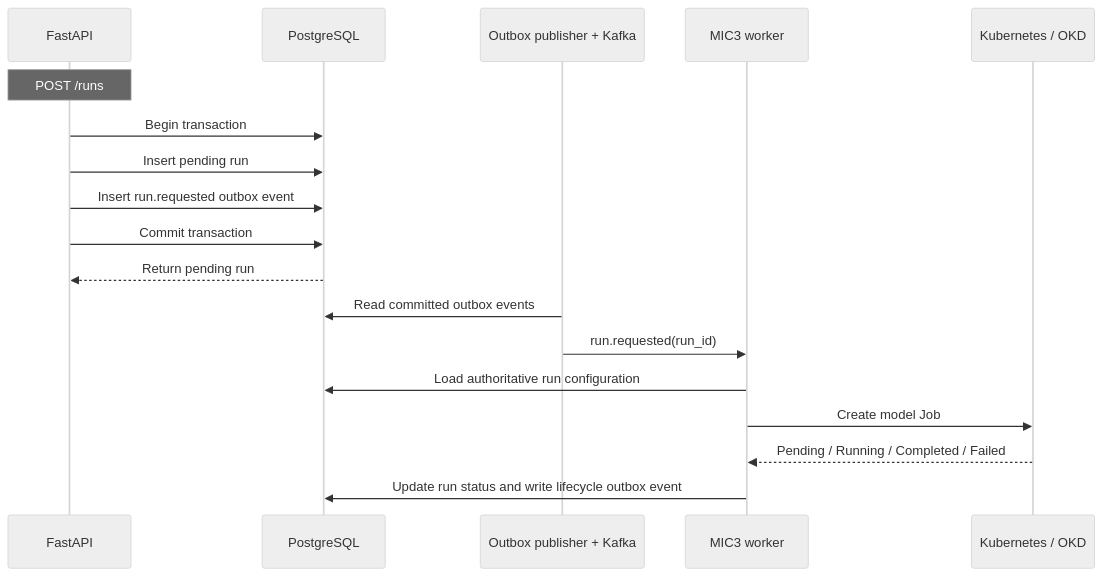
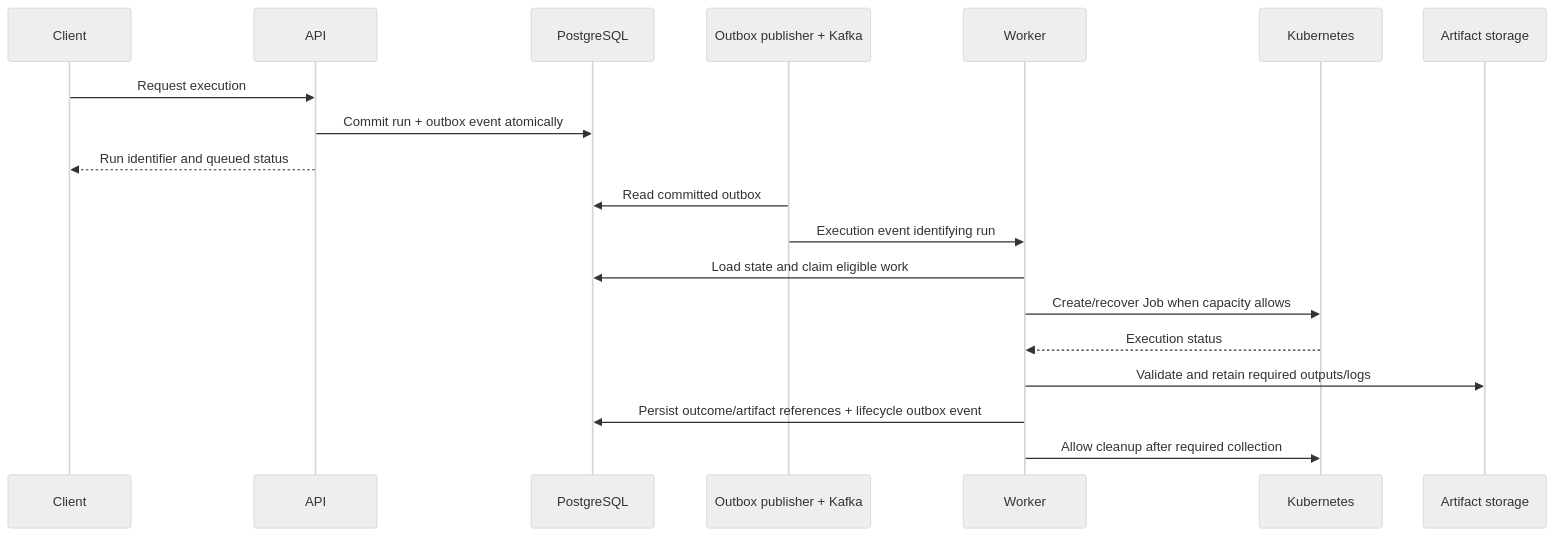
The second of 2 diagrams in docs/architecture/prd.md (TRANSIENCE-MIC3/MIC3-API), drawn with Mermaid (neutral theme) before and after one commit. The commit also changed other lines of this file and 2 other files, not shown here.

````diff
--- a/docs/architecture/prd.md
+++ b/docs/architecture/prd.md
@@ -111,23 +83,21 @@
 ```mermaid
 sequenceDiagram
-    participant API as FastAPI
+    participant Client
+    participant API
     participant DB as PostgreSQL
     participant Events as Outbox publisher + Kafka
-    participant Worker as MIC3 worker
-    participant K8s as Kubernetes / OKD
-
-    Note over API: POST /runs
-
-    API->>DB: Begin transaction
-    API->>DB: Insert pending run
-    API->>DB: Insert run.requested outbox event
-    API->>DB: Commit transaction
-    DB-->>API: Return pending run
-
-    Events->>DB: Read committed outbox events
-    Events->>Worker: run.requested(run_id)
-    Worker->>DB: Load authoritative run configuration
-    Worker->>K8s: Create model Job
-    K8s-->>Worker: Pending / Running / Completed / Failed
-    Worker->>DB: Update run status and write lifecycle outbox event
+    participant Worker
+    participant Jobs as Kubernetes
+    participant Storage as Artifact storage
+    Client->>API: Request execution
+    API->>DB: Commit run + outbox event atomically
+    API-->>Client: Run identifier and queued status
+    Events->>DB: Read committed outbox
+    Events->>Worker: Execution event identifying run
+    Worker->>DB: Load state and claim eligible work
+    Worker->>Jobs: Create/recover Job when capacity allows
+    Jobs-->>Worker: Execution status
+    Worker->>Storage: Validate and retain required outputs/logs
+    Worker->>DB: Persist outcome/artifact references + lifecycle outbox event
+    Worker->>Jobs: Allow cleanup after required collection
 ```
````
